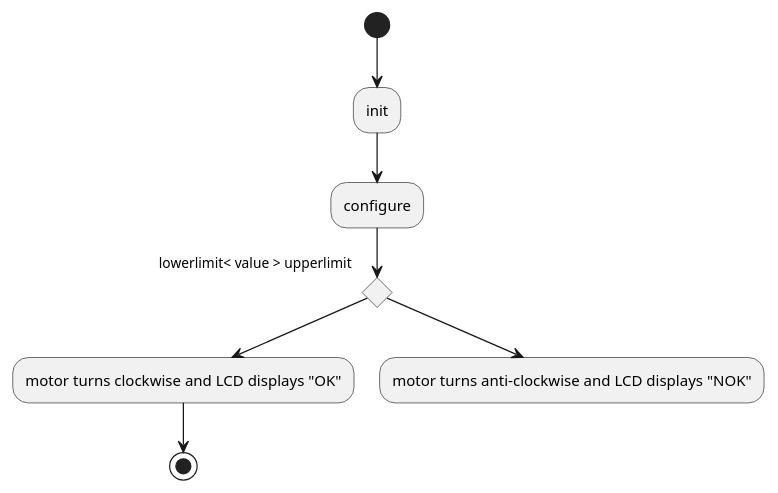
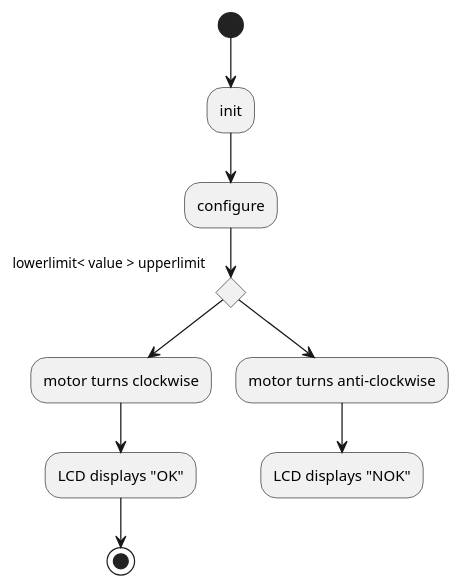
One commit to zeinaa19/embedded-final-assignment- changed the second of 3 diagrams in project_design_tpl copy.md. Above: the diagram before and after it, drawn with PlantUML.

Commit message:
Update project_design_tpl copy.md

````diff
--- a/project_design_tpl copy.md
+++ b/project_design_tpl copy.md
@@ -79,12 +79,15 @@
 ```plantuml
 @startuml
 (*) --> init
 --> configure
 if lowerlimit< value > upperlimit 
-  --> motor turns clockwise and LCD displays "OK"
+  --> motor turns clockwise 
+  --> LCD displays "OK"
   --> (*)
 else
-  --> motor turns anti-clockwise and LCD displays "NOK"
+  --> motor turns anti-clockwise 
+  --> LCD displays "NOK"
+
 endif
 @enduml
 ```
````
